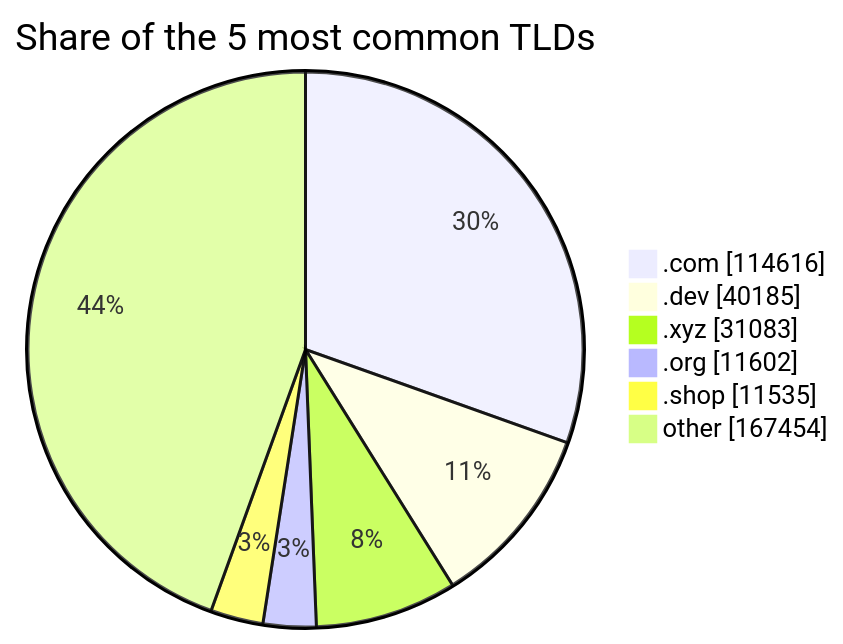
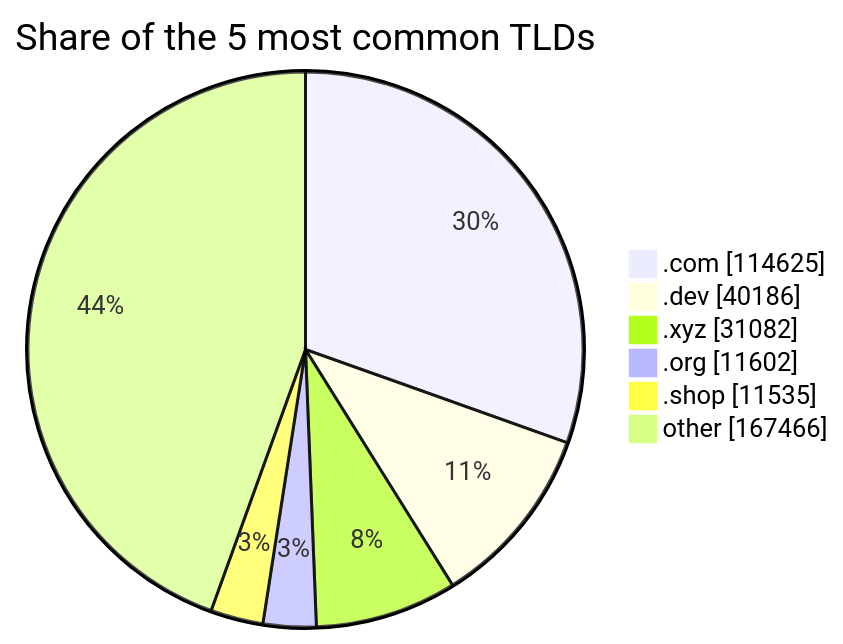
The third of 3 diagrams in README.md (DNSBunker/CTI), drawn with Mermaid before and after one commit. The commit also changed other lines of this file and 3 other files, not shown here.

````diff
--- a/README.md
+++ b/README.md
@@ -81,9 +81,9 @@
 ```mermaid
 pie showData title Share of the 5 most common TLDs
-    ".com" : 114616
-    ".dev" : 40185
-    ".xyz" : 31083
+    ".com" : 114625
+    ".dev" : 40186
+    ".xyz" : 31082
     ".org" : 11602
     ".shop" : 11535
-    "other" : 167454
+    "other" : 167466
 ```
````
